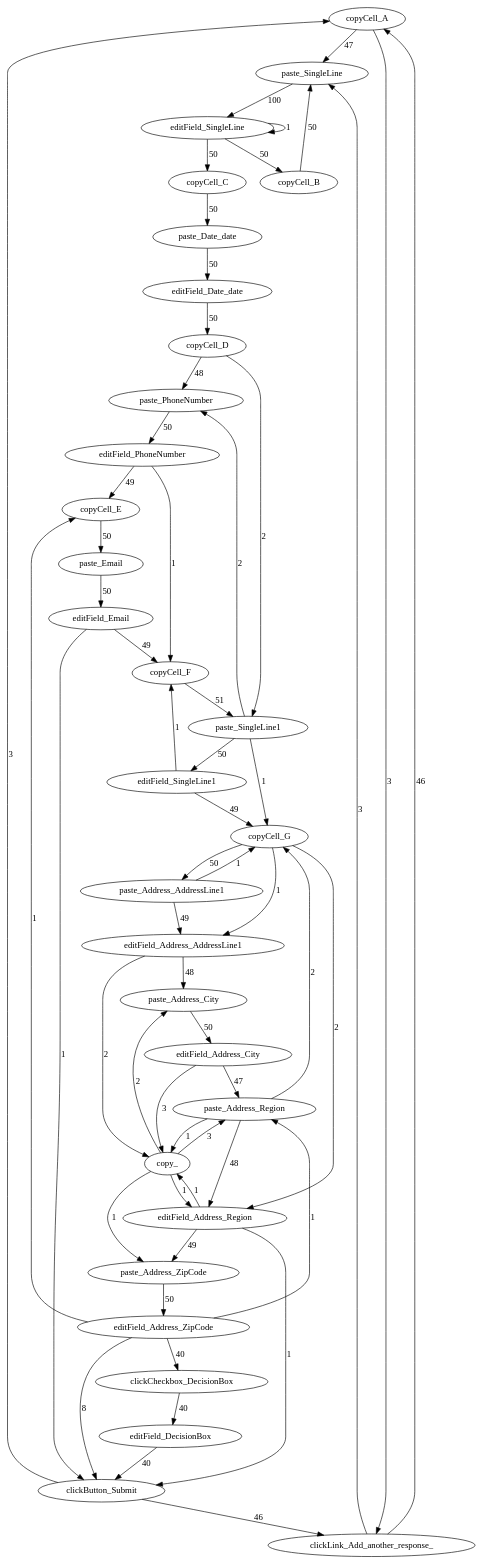
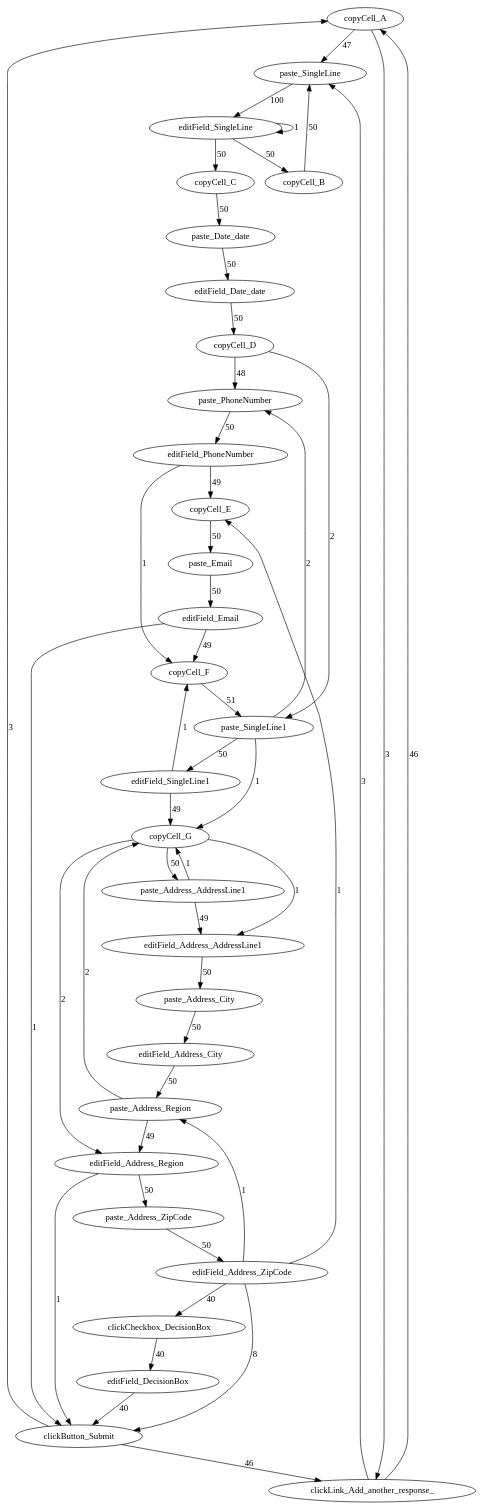
Before and after one commit to volodymyrLeno/RPM_Segmentator: the diagram in TEMP.dot, drawn with Graphviz. The commit also changed 6 other files, not shown here.

```diff
--- a/TEMP.dot
+++ b/TEMP.dot
@@ -1,58 +1,50 @@
 digraph g {
    copyCell_A -> paste_SingleLine [label=47];
    paste_SingleLine -> editField_SingleLine [label=100];
    editField_SingleLine -> copyCell_B [label=50];
    copyCell_B -> paste_SingleLine [label=50];
    editField_SingleLine -> copyCell_C [label=50];
    copyCell_C -> paste_Date_date [label=50];
    paste_Date_date -> editField_Date_date [label=50];
    editField_Date_date -> copyCell_D [label=50];
    copyCell_D -> paste_PhoneNumber [label=48];
    paste_PhoneNumber -> editField_PhoneNumber [label=50];
    editField_PhoneNumber -> copyCell_E [label=49];
    copyCell_E -> paste_Email [label=50];
    paste_Email -> editField_Email [label=50];
    editField_Email -> copyCell_F [label=49];
    copyCell_F -> paste_SingleLine1 [label=51];
    paste_SingleLine1 -> editField_SingleLine1 [label=50];
    editField_SingleLine1 -> copyCell_G [label=49];
    copyCell_G -> paste_Address_AddressLine1 [label=50];
    paste_Address_AddressLine1 -> editField_Address_AddressLine1 [label=49];
-   editField_Address_AddressLine1 -> paste_Address_City [label=48];
+   editField_Address_AddressLine1 -> paste_Address_City [label=50];
    paste_Address_City -> editField_Address_City [label=50];
-   editField_Address_City -> paste_Address_Region [label=47];
-   paste_Address_Region -> editField_Address_Region [label=48];
-   editField_Address_Region -> paste_Address_ZipCode [label=49];
+   editField_Address_City -> paste_Address_Region [label=50];
+   paste_Address_Region -> editField_Address_Region [label=49];
+   editField_Address_Region -> paste_Address_ZipCode [label=50];
    paste_Address_ZipCode -> editField_Address_ZipCode [label=50];
    editField_Address_ZipCode -> clickButton_Submit [label=8];
    clickButton_Submit -> clickLink_Add_another_response_ [label=46];
    clickLink_Add_another_response_ -> copyCell_A [label=46];
    editField_Address_ZipCode -> clickCheckbox_DecisionBox [label=40];
    clickCheckbox_DecisionBox -> editField_DecisionBox [label=40];
    editField_DecisionBox -> clickButton_Submit [label=40];
    editField_PhoneNumber -> copyCell_F [label=1];
    editField_Address_ZipCode -> copyCell_E [label=1];
    editField_Email -> clickButton_Submit [label=1];
-   editField_Address_AddressLine1 -> copy_ [label=2];
-   copy_ -> paste_Address_City [label=2];
    clickButton_Submit -> copyCell_A [label=3];
    copyCell_A -> clickLink_Add_another_response_ [label=3];
    clickLink_Add_another_response_ -> paste_SingleLine [label=3];
-   editField_Address_City -> copy_ [label=3];
-   copy_ -> paste_Address_Region [label=3];
    paste_Address_Region -> copyCell_G [label=2];
    copyCell_G -> editField_Address_Region [label=2];
    paste_Address_AddressLine1 -> copyCell_G [label=1];
    copyCell_G -> editField_Address_AddressLine1 [label=1];
-   paste_Address_Region -> copy_ [label=1];
-   copy_ -> editField_Address_Region [label=1];
    copyCell_D -> paste_SingleLine1 [label=2];
    paste_SingleLine1 -> paste_PhoneNumber [label=2];
-   editField_Address_Region -> copy_ [label=1];
-   copy_ -> paste_Address_ZipCode [label=1];
    editField_SingleLine1 -> copyCell_F [label=1];
    paste_SingleLine1 -> copyCell_G [label=1];
    editField_SingleLine -> editField_SingleLine [label=1];
    editField_Address_ZipCode -> paste_Address_Region [label=1];
    editField_Address_Region -> clickButton_Submit [label=1];
 }
```
